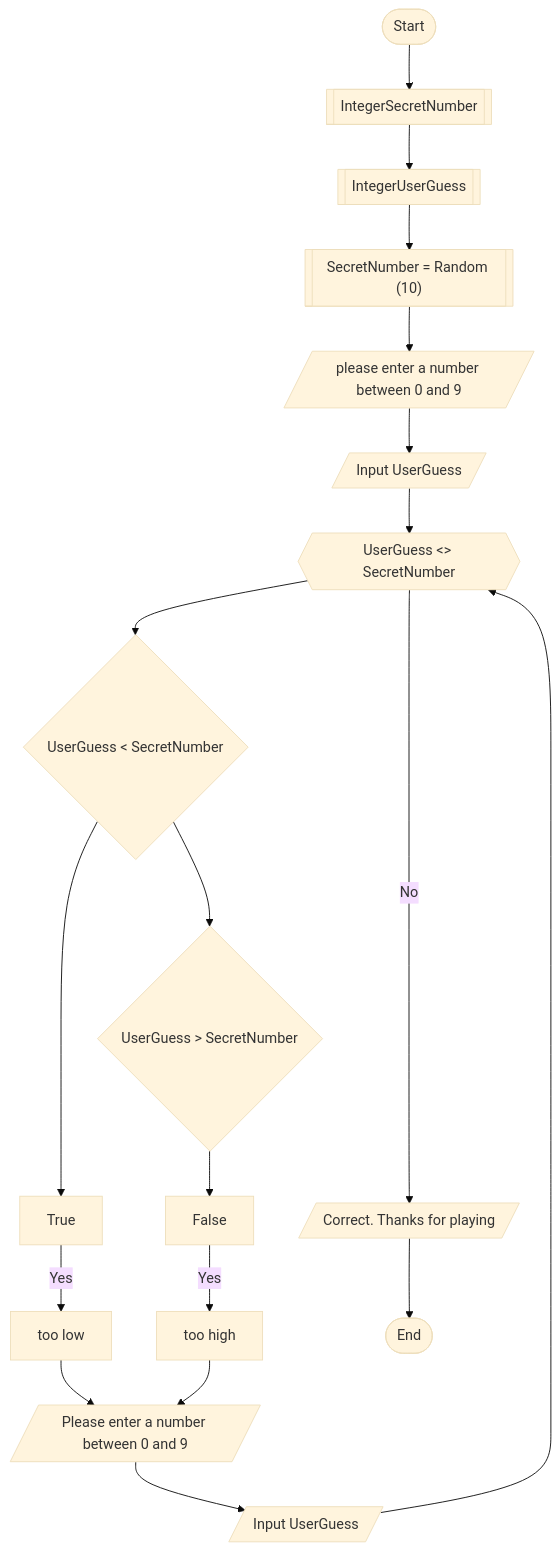
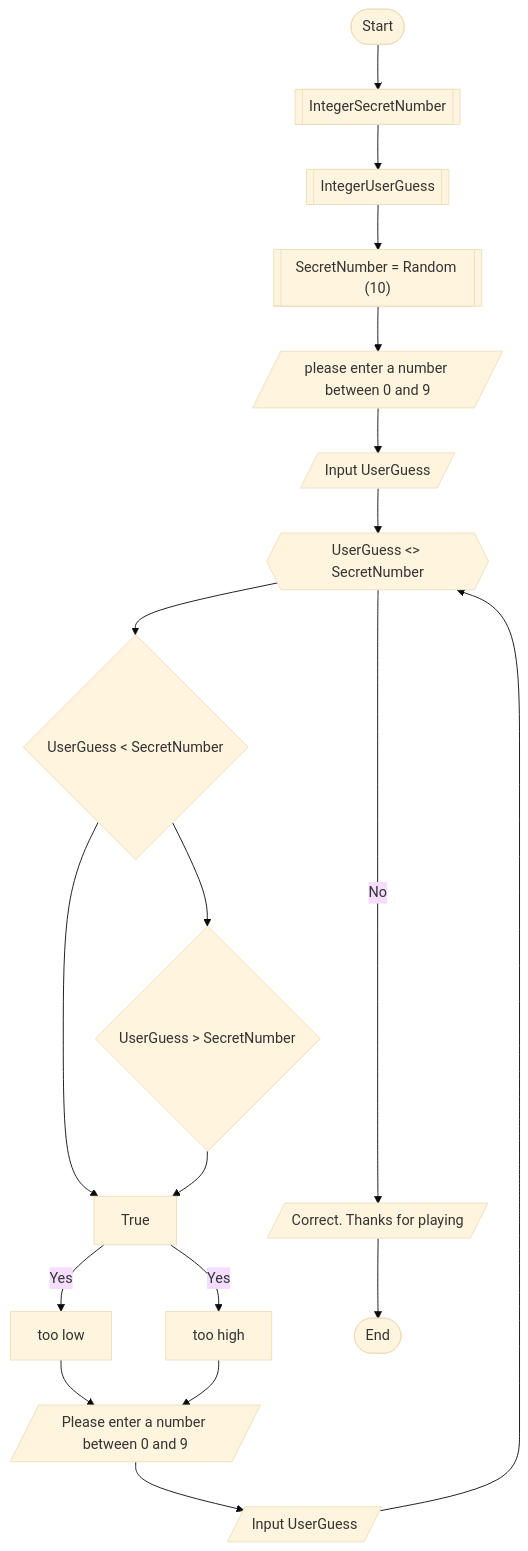
Before and after one commit to njedwards1872/njedwards1872.github.io: the diagram in Guessing.md, drawn with Mermaid (base theme).

````diff
--- a/Guessing.md
+++ b/Guessing.md
@@ -1,19 +1,19 @@
 ```mermaid
 flowchart TD
  Start([Start]) --> 
     A@{ shape: subproc, label: "IntegerSecretNumber" } -->
     B@{ shape: subproc, label: "IntegerUserGuess" } -->
     C@{ shape: subproc, label: "SecretNumber = Random (10)" } --> 
     D@{ shape: lean-r, label: "please enter a number between 0 and 9" } -->
     E@{ shape: lean-r, label: "Input UserGuess" } -->
     F@{ shape: hex, label: "UserGuess <> SecretNumber" }--> G{"UserGuess < SecretNumber"} -->
     True -- Yes --> I["too low"] -->N
     G{"UserGuess < SecretNumber"} -->K{"UserGuess > SecretNumber"} -->
-    False -- Yes --> M["too high"] -->N
+    True -- Yes --> M["too high"] -->N
     F ---->|No| P[End]
    
     N@{ shape: lean-r, label: "Please enter a number between 0 and 9" } --> O@{ shape: lean-r, label: "Input UserGuess" } -->F
     P@{ shape: lean-r, label: "Correct. Thanks for playing" } -->
 
  End([End])
 ```
````
